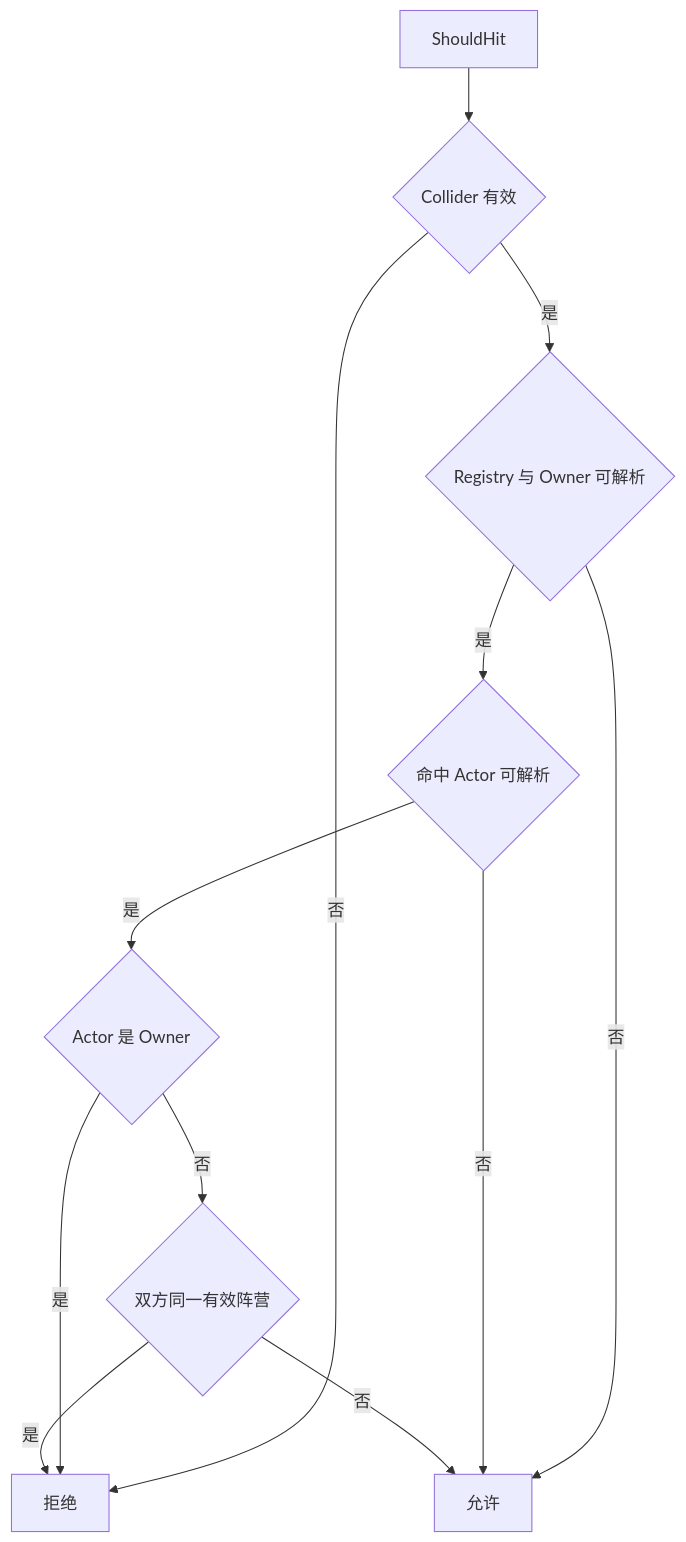
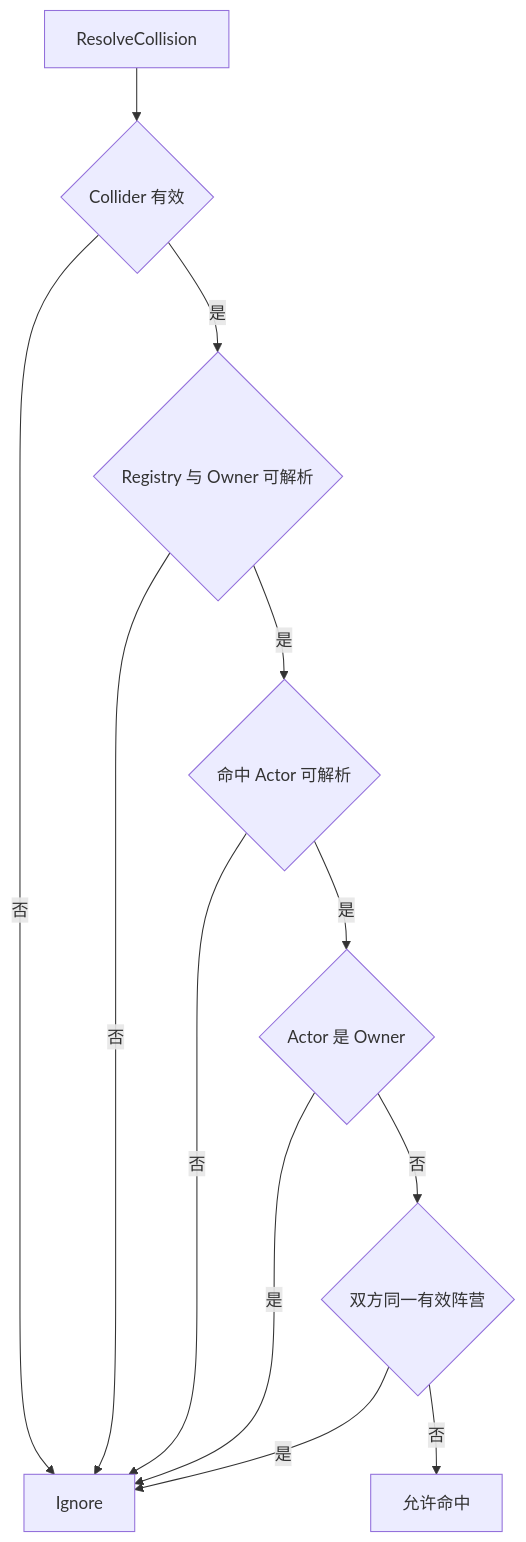
The fourth of 5 diagrams in Docs/design/09-ImplementationExamples/MOBA/08-ProjectileDamageDeepDive.md (HOBOBO/AbilityKit), drawn with Mermaid before and after one commit. The commit also changed other lines of this file and 127 other files, not shown here.

````diff
--- a/Docs/design/09-ImplementationExamples/MOBA/08-ProjectileDamageDeepDive.md
+++ b/Docs/design/09-ImplementationExamples/MOBA/08-ProjectileDamageDeepDive.md
@@ -168,14 +173,14 @@
 ```mermaid
 flowchart TD
-    A[ShouldHit] --> B{Collider 有效}
-    B -->|否| R[拒绝]
+    A[ResolveCollision] --> B{Collider 有效}
+    B -->|否| R[Ignore]
     B -->|是| C{Registry 与 Owner 可解析}
-    C -->|否| Y[允许]
+    C -->|否| R
     C -->|是| D{命中 Actor 可解析}
-    D -->|否| Y
+    D -->|否| R
     D -->|是| E{Actor 是 Owner}
     E -->|是| R
     E -->|否| F{双方同一有效阵营}
     F -->|是| R
-    F -->|否| Y
+    F -->|否| Y[允许命中]
 ```
````
